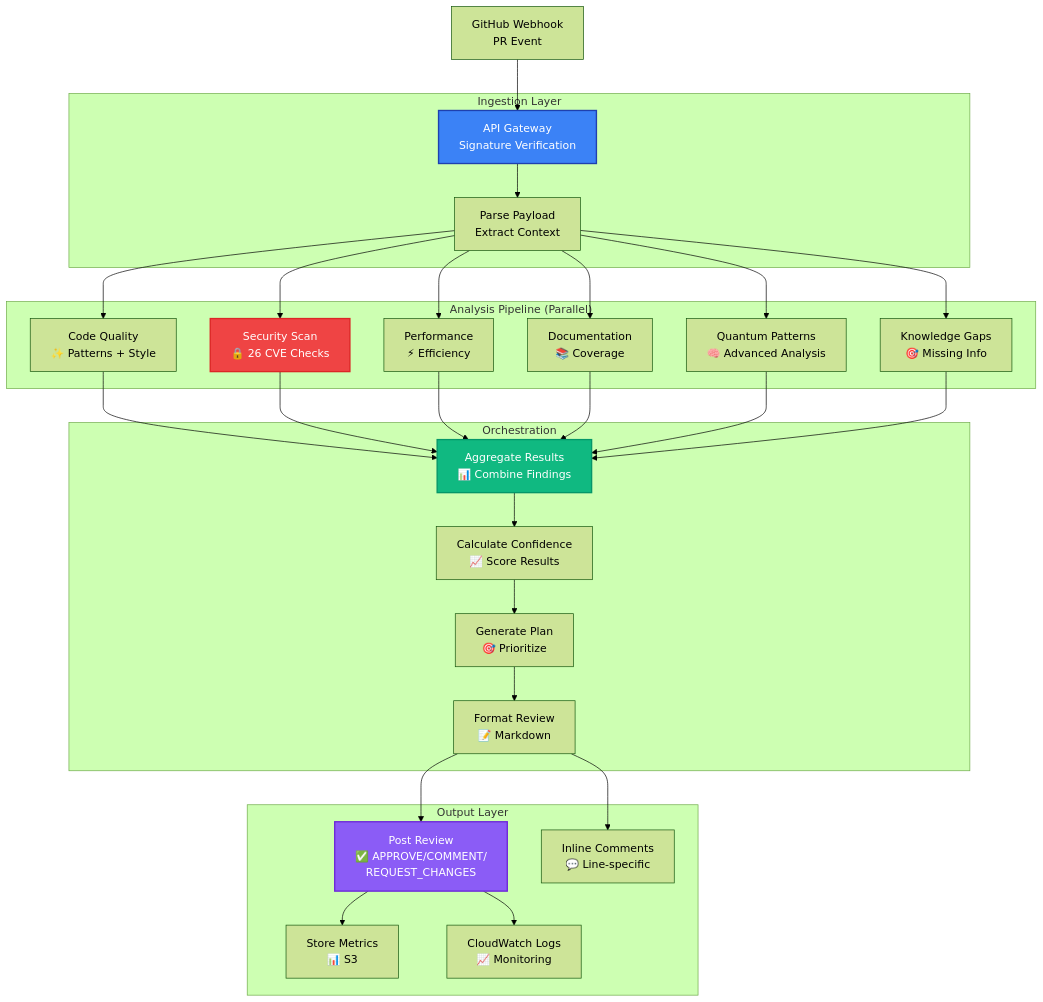
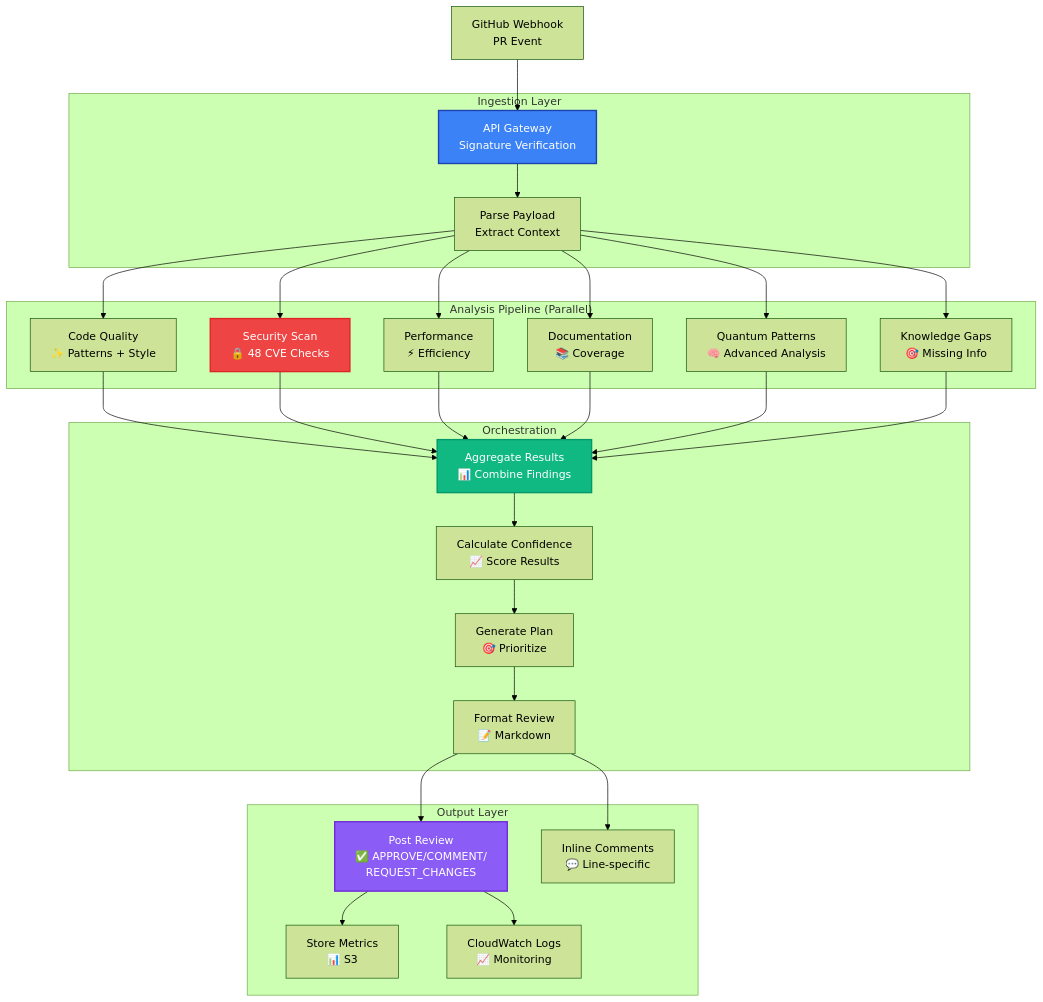
One commit to Aries-Serpent/_codex_ changed the third of 4 diagrams in .github/agents/ARCHITECTURE.md. Above: the diagram before and after it, drawn with Mermaid (forest theme). The commit also changed other lines of this file and 7 other files, not shown here.

````diff
--- a/.github/agents/ARCHITECTURE.md
+++ b/.github/agents/ARCHITECTURE.md
@@ -170,64 +170,64 @@
 ```mermaid
 graph TB
     Start[GitHub Webhook<br/>PR Event]
     
     subgraph "Ingestion Layer"
         API[API Gateway<br/>Signature Verification]
         Parse[Parse Payload<br/>Extract Context]
     end
     
     subgraph "Analysis Pipeline (Parallel)"
         Quality[Code Quality<br/>✨ Patterns + Style]
-        Sec[Security Scan<br/>🔒 26 CVE Checks]
+        Sec[Security Scan<br/>🔒 48 CVE Checks]
         Perf[Performance<br/>⚡ Efficiency]
         Doc[Documentation<br/>📚 Coverage]
         Quantum[Quantum Patterns<br/>🧠 Advanced Analysis]
         Gaps[Knowledge Gaps<br/>🎯 Missing Info]
     end
     
     subgraph "Orchestration"
         Agg[Aggregate Results<br/>📊 Combine Findings]
         Calc[Calculate Confidence<br/>📈 Score Results]
         Plan[Generate Plan<br/>🎯 Prioritize]
         Format[Format Review<br/>📝 Markdown]
     end
     
     subgraph "Output Layer"
         Review[Post Review<br/>✅ APPROVE/COMMENT/<br/>REQUEST_CHANGES]
         Comments[Inline Comments<br/>💬 Line-specific]
         Metrics[Store Metrics<br/>📊 S3]
         Logs[CloudWatch Logs<br/>📈 Monitoring]
     end
     
     Start --> API
     API --> Parse
     
     Parse --> Quality
     Parse --> Sec
     Parse --> Perf
     Parse --> Doc
     Parse --> Quantum
     Parse --> Gaps
     
     Quality --> Agg
     Sec --> Agg
     Perf --> Agg
     Doc --> Agg
     Quantum --> Agg
     Gaps --> Agg
     
     Agg --> Calc
     Calc --> Plan
     Plan --> Format
     
     Format --> Review
     Format --> Comments
     
     Review --> Metrics
     Review --> Logs
     
     style API fill:#3b82f6,stroke:#1e40af,stroke-width:2px,color:#fff
     style Sec fill:#ef4444,stroke:#dc2626,stroke-width:2px,color:#fff
     style Agg fill:#10b981,stroke:#059669,stroke-width:2px,color:#fff
     style Review fill:#8b5cf6,stroke:#6d28d9,stroke-width:2px,color:#fff
 ```
````
